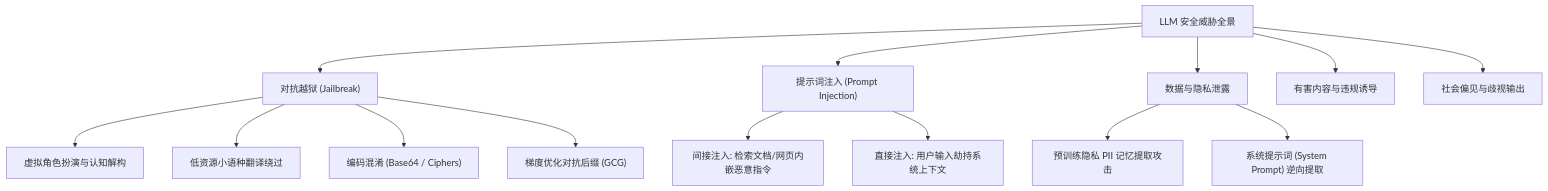
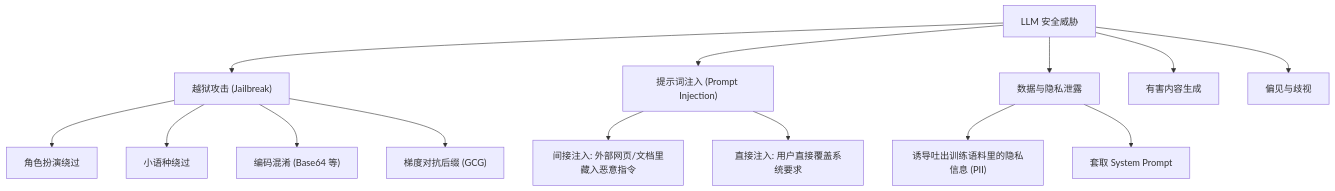
The diagram in chapters/10-safety-alignment.md (yingwang/llm-tutorial), drawn with Mermaid before and after one commit. The commit also changed other lines of this file and 14 other files, not shown here.

````diff
--- a/chapters/10-safety-alignment.md
+++ b/chapters/10-safety-alignment.md
@@ -66,19 +71,19 @@
 ```mermaid
 graph TD
-    A["LLM 安全威胁全景"] --> B["对抗越狱 (Jailbreak)"]
+    A["LLM 安全威胁"] --> B["越狱攻击 (Jailbreak)"]
     A --> C["提示词注入 (Prompt Injection)"]
     A --> D["数据与隐私泄露"]
-    A --> E["有害内容与违规诱导"]
-    A --> F["社会偏见与歧视输出"]
+    A --> E["有害内容生成"]
+    A --> F["偏见与歧视"]
     
-    B --> B1["虚拟角色扮演与认知解构"]
-    B --> B2["低资源小语种翻译绕过"]
-    B --> B3["编码混淆 (Base64 / Ciphers)"]
-    B --> B4["梯度优化对抗后缀 (GCG)"]
+    B --> B1["角色扮演绕过"]
+    B --> B2["小语种绕过"]
+    B --> B3["编码混淆 (Base64 等)"]
+    B --> B4["梯度对抗后缀 (GCG)"]
     
-    C --> C1["间接注入: 检索文档/网页内嵌恶意指令"]
-    C --> C2["直接注入: 用户输入劫持系统上下文"]
+    C --> C1["间接注入: 外部网页/文档里藏入恶意指令"]
+    C --> C2["直接注入: 用户直接覆盖系统要求"]
     
-    D --> D1["预训练隐私 PII 记忆提取攻击"]
-    D --> D2["系统提示词 (System Prompt) 逆向提取"]
+    D --> D1["诱导吐出训练语料里的隐私信息 (PII)"]
+    D --> D2["套取 System Prompt"]
 ```
````
